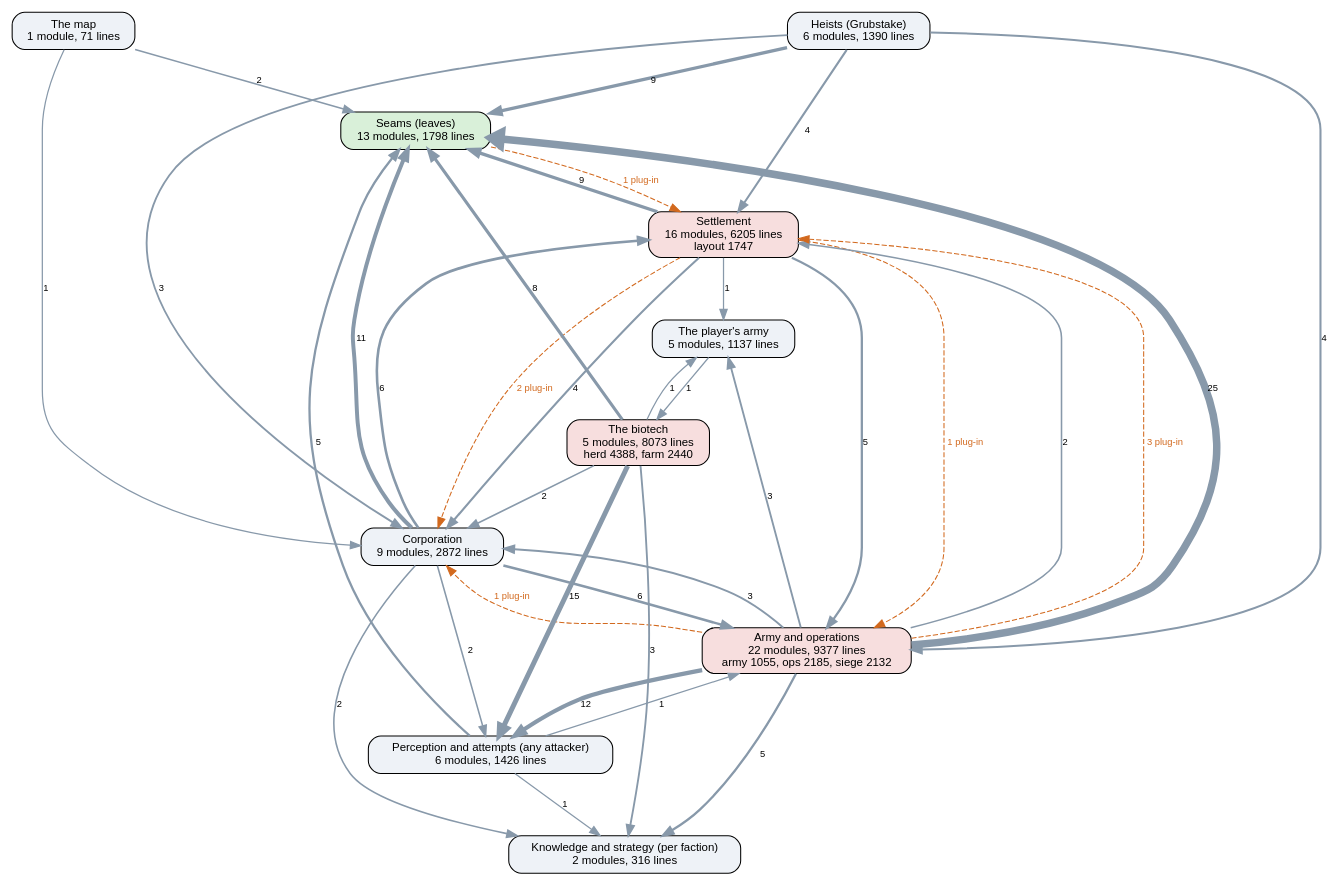
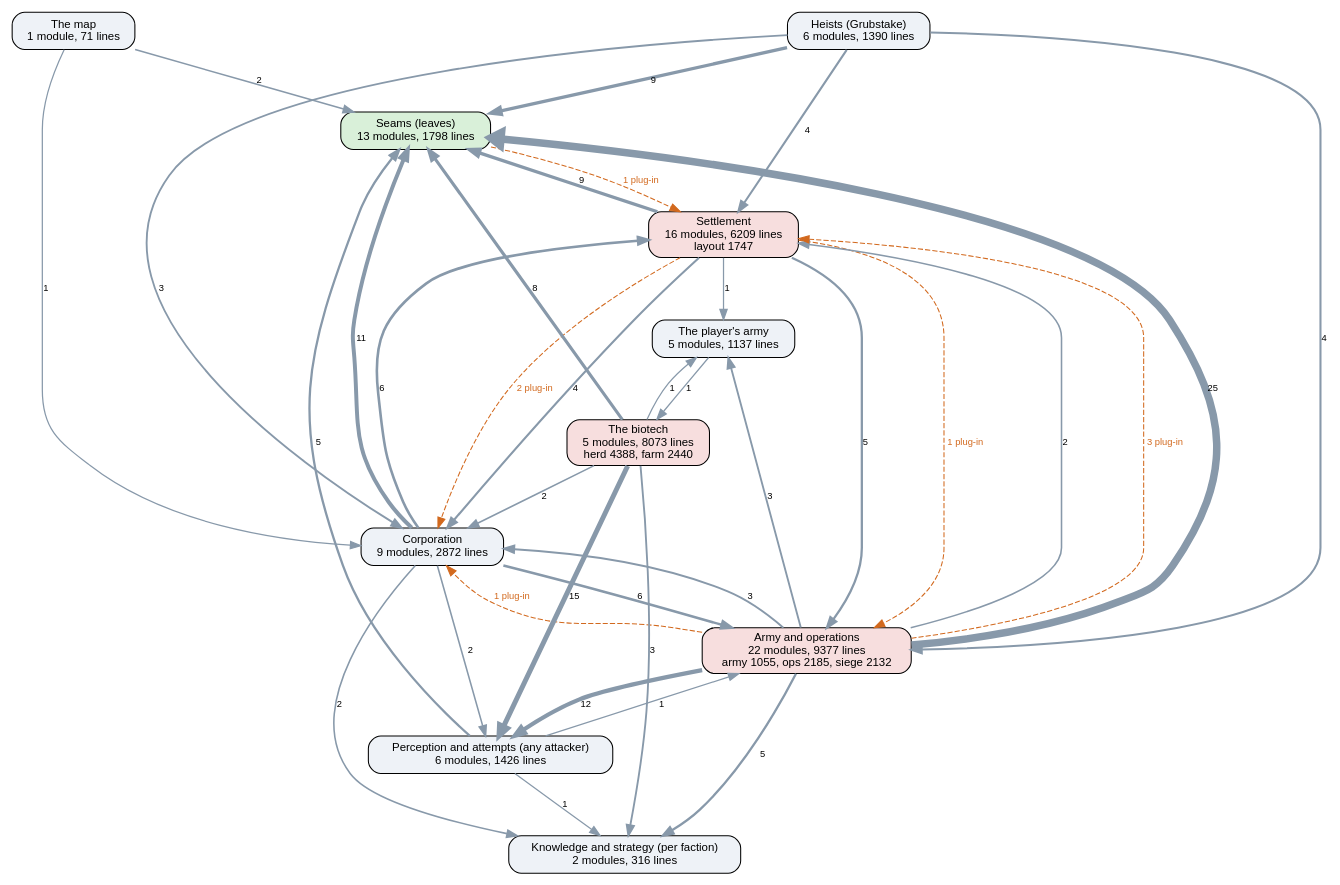
The diagram in docs/ai-layers.dot (kinelhu/landing-party), drawn with Graphviz before and after one commit. The commit also changed 9 other files, not shown here.

```diff
--- a/docs/ai-layers.dot
+++ b/docs/ai-layers.dot
@@ -1,50 +1,50 @@
 digraph layers {
   graph [rankdir=TB, fontname="Helvetica", nodesep=0.5, ranksep=0.7];
   node [shape=box, style="rounded,filled", fontname="Helvetica", fontsize=11, fillcolor="#eef2f7"];
   edge [color="#8899aa", fontname="Helvetica", fontsize=9];
   "Seams (leaves)" [label="Seams (leaves)\n13 modules, 1798 lines", fillcolor="#d9f0d9"];
   "Perception and attempts (any attacker)" [label="Perception and attempts (any attacker)\n6 modules, 1426 lines", fillcolor="#eef2f7"];
   "Knowledge and strategy (per faction)" [label="Knowledge and strategy (per faction)\n2 modules, 316 lines", fillcolor="#eef2f7"];
   "Corporation" [label="Corporation\n9 modules, 2872 lines", fillcolor="#eef2f7"];
-  "Settlement" [label="Settlement\n16 modules, 6205 lines\nlayout 1747", fillcolor="#f7dede"];
+  "Settlement" [label="Settlement\n16 modules, 6209 lines\nlayout 1747", fillcolor="#f7dede"];
   "Army and operations" [label="Army and operations\n22 modules, 9377 lines\narmy 1055, ops 2185, siege 2132", fillcolor="#f7dede"];
   "Heists (Grubstake)" [label="Heists (Grubstake)\n6 modules, 1390 lines", fillcolor="#eef2f7"];
   "The biotech" [label="The biotech\n5 modules, 8073 lines\nherd 4388, farm 2440", fillcolor="#f7dede"];
   "The map" [label="The map\n1 module, 71 lines", fillcolor="#eef2f7"];
   "The player's army" [label="The player's army\n5 modules, 1137 lines", fillcolor="#eef2f7"];
   "Army and operations" -> "Corporation" [label="3", penwidth=1.8];
   "Army and operations" -> "Knowledge and strategy (per faction)" [label="5", penwidth=2.2];
   "Army and operations" -> "Perception and attempts (any attacker)" [label="12", penwidth=4.0];
   "Army and operations" -> "Seams (leaves)" [label="25", penwidth=7.2];
   "Army and operations" -> "Settlement" [label="2", penwidth=1.5];
   "Army and operations" -> "The player's army" [label="3", penwidth=1.8];
   "Corporation" -> "Army and operations" [label="6", penwidth=2.5];
   "Corporation" -> "Knowledge and strategy (per faction)" [label="2", penwidth=1.5];
   "Corporation" -> "Perception and attempts (any attacker)" [label="2", penwidth=1.5];
   "Corporation" -> "Seams (leaves)" [label="11", penwidth=3.8];
   "Corporation" -> "Settlement" [label="6", penwidth=2.5];
   "Heists (Grubstake)" -> "Army and operations" [label="4", penwidth=2.0];
   "Heists (Grubstake)" -> "Corporation" [label="3", penwidth=1.8];
   "Heists (Grubstake)" -> "Seams (leaves)" [label="9", penwidth=3.2];
   "Heists (Grubstake)" -> "Settlement" [label="4", penwidth=2.0];
   "Perception and attempts (any attacker)" -> "Army and operations" [label="1", penwidth=1.2];
   "Perception and attempts (any attacker)" -> "Knowledge and strategy (per faction)" [label="1", penwidth=1.2];
   "Perception and attempts (any attacker)" -> "Seams (leaves)" [label="5", penwidth=2.2];
   "Settlement" -> "Army and operations" [label="5", penwidth=2.2];
   "Settlement" -> "Corporation" [label="4", penwidth=2.0];
   "Settlement" -> "Seams (leaves)" [label="9", penwidth=3.2];
   "Settlement" -> "The player's army" [label="1", penwidth=1.2];
   "The biotech" -> "Corporation" [label="2", penwidth=1.5];
   "The biotech" -> "Knowledge and strategy (per faction)" [label="3", penwidth=1.8];
   "The biotech" -> "Perception and attempts (any attacker)" [label="15", penwidth=4.8];
   "The biotech" -> "Seams (leaves)" [label="8", penwidth=3.0];
   "The biotech" -> "The player's army" [label="1", penwidth=1.2];
   "The map" -> "Corporation" [label="1", penwidth=1.2];
   "The map" -> "Seams (leaves)" [label="2", penwidth=1.5];
   "The player's army" -> "The biotech" [label="1", penwidth=1.2];
   "Army and operations" -> "Corporation" [style=dashed, color="#d2691e", fontcolor="#d2691e", label="1 plug-in"];
   "Army and operations" -> "Settlement" [style=dashed, color="#d2691e", fontcolor="#d2691e", label="3 plug-in"];
   "Seams (leaves)" -> "Settlement" [style=dashed, color="#d2691e", fontcolor="#d2691e", label="1 plug-in"];
   "Settlement" -> "Army and operations" [style=dashed, color="#d2691e", fontcolor="#d2691e", label="1 plug-in"];
   "Settlement" -> "Corporation" [style=dashed, color="#d2691e", fontcolor="#d2691e", label="2 plug-in"];
 }
```
